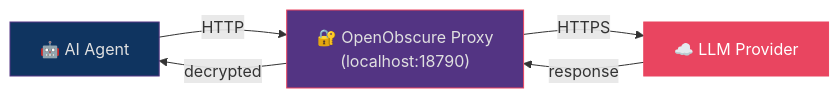
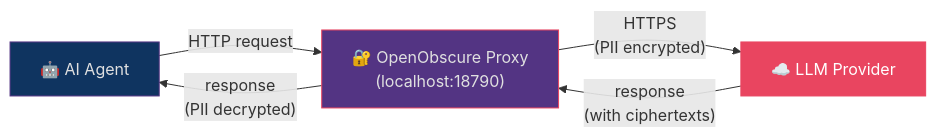
One commit to OpenObscure/OpenObscure changed the first of 5 diagrams in README.md. Above: the diagram before and after it, drawn with Mermaid. The commit also changed other lines of this file and 1 other file, not shown here.

First line of the commit message:
Fix 20 Mermaid diagrams: clarity, accuracy, consistency

````diff
--- a/README.md
+++ b/README.md
@@ -22,11 +22,11 @@
 ```mermaid
 flowchart LR
-    agent["🤖 AI Agent"] -- "HTTP" --> proxy["🔐 OpenObscure Proxy\n(localhost:18790)"]
-    proxy -- "HTTPS" --> llm["☁️ LLM Provider"]
-    llm -- "response" --> proxy
-    proxy -- "decrypted" --> agent
+    agent["🤖 AI Agent"] -- "HTTP request" --> proxy["🔐 OpenObscure Proxy\n(localhost:18790)"]
+    proxy -- "HTTPS\n(PII encrypted)" --> llm["☁️ LLM Provider"]
+    llm -- "response\n(with ciphertexts)" --> proxy
+    proxy -- "response\n(PII decrypted)" --> agent
 
     style agent fill:#0f3460,stroke:#533483,color:#e0e0e0
     style proxy fill:#533483,stroke:#e94560,color:#e0e0e0
     style llm fill:#e94560,stroke:#e94560,color:#fff
 ```
````
